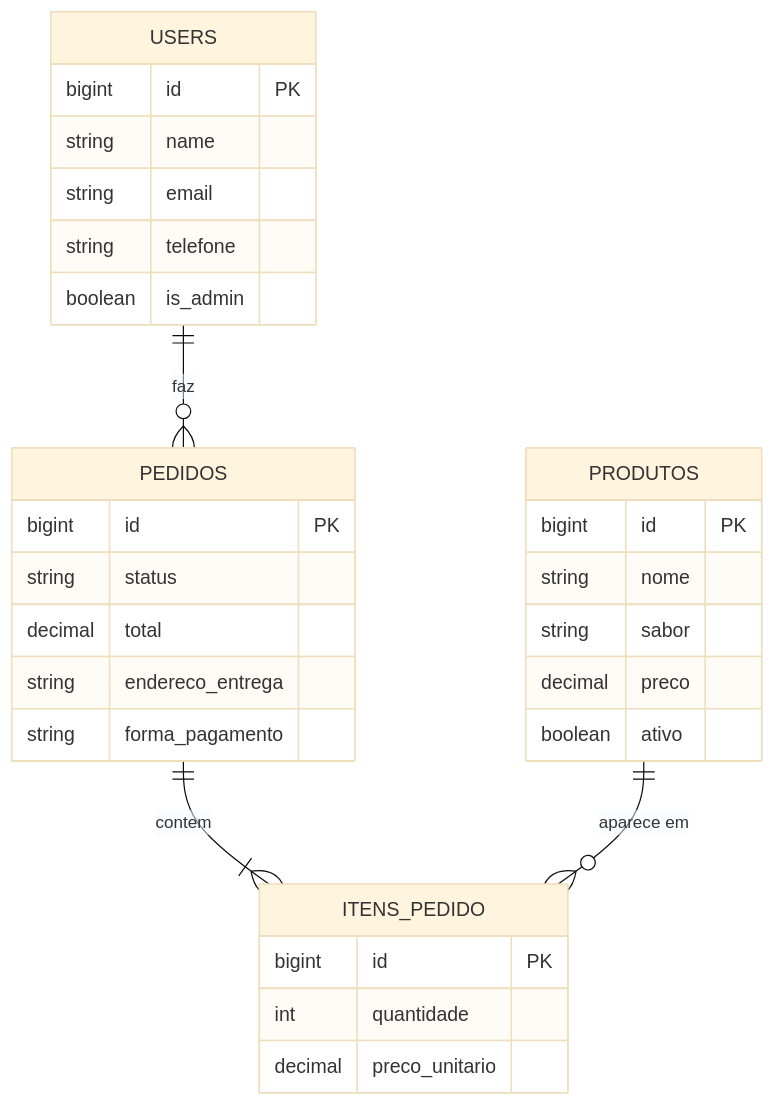
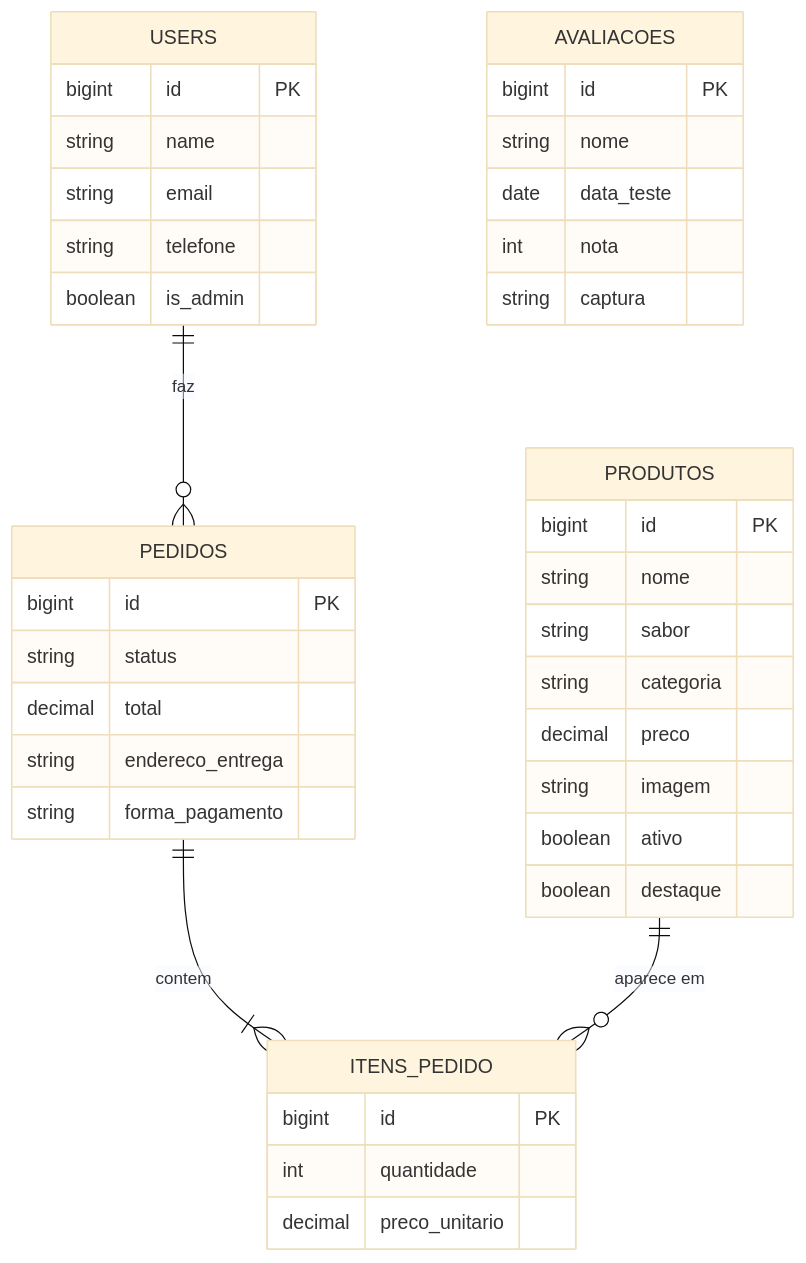
Before and after one commit to kayocmadev/cupcake-gourmet: the diagram in docs/situacao-1-planejamento/03-modelo-de-dados.md, drawn with Mermaid (base theme). The commit also changed other lines of this file and 3 other files, not shown here.

Commit message:
docs: requisitos, UML, modelo de dados e interface atualizados (categorias, frete grátis, avaliações)

````diff
--- a/docs/situacao-1-planejamento/03-modelo-de-dados.md
+++ b/docs/situacao-1-planejamento/03-modelo-de-dados.md
@@ -8,33 +8,43 @@
 ```mermaid
 erDiagram
     USERS ||--o{ PEDIDOS : faz
     PEDIDOS ||--|{ ITENS_PEDIDO : contem
     PRODUTOS ||--o{ ITENS_PEDIDO : "aparece em"
 
     USERS {
         bigint id PK
         string name
         string email
         string telefone
         boolean is_admin
     }
     PRODUTOS {
         bigint id PK
         string nome
         string sabor
+        string categoria
         decimal preco
+        string imagem
         boolean ativo
+        boolean destaque
+    }
+    AVALIACOES {
+        bigint id PK
+        string nome
+        date data_teste
+        int nota
+        string captura
     }
     PEDIDOS {
         bigint id PK
         string status
         decimal total
         string endereco_entrega
         string forma_pagamento
     }
     ITENS_PEDIDO {
         bigint id PK
         int quantidade
         decimal preco_unitario
     }
 ```
````
